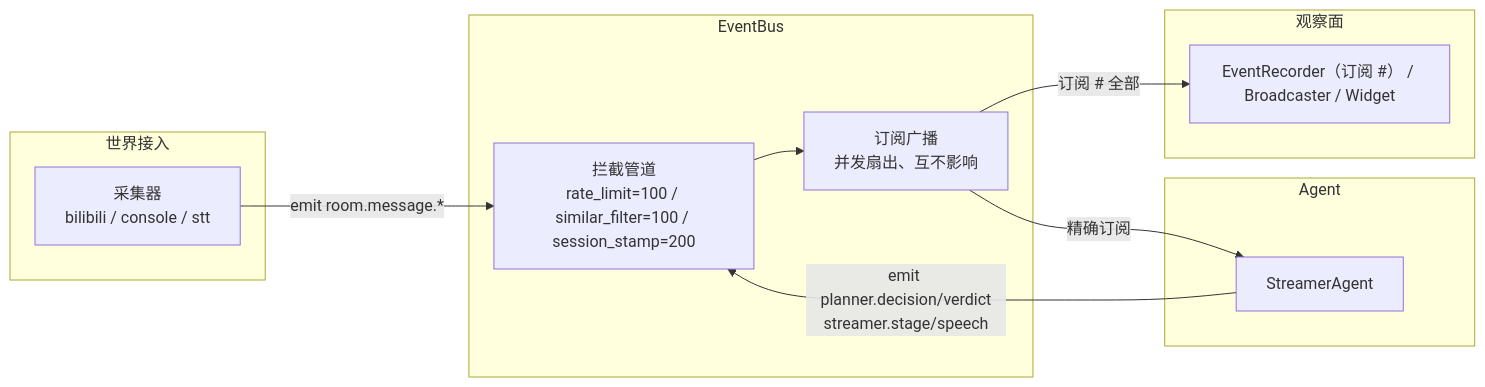
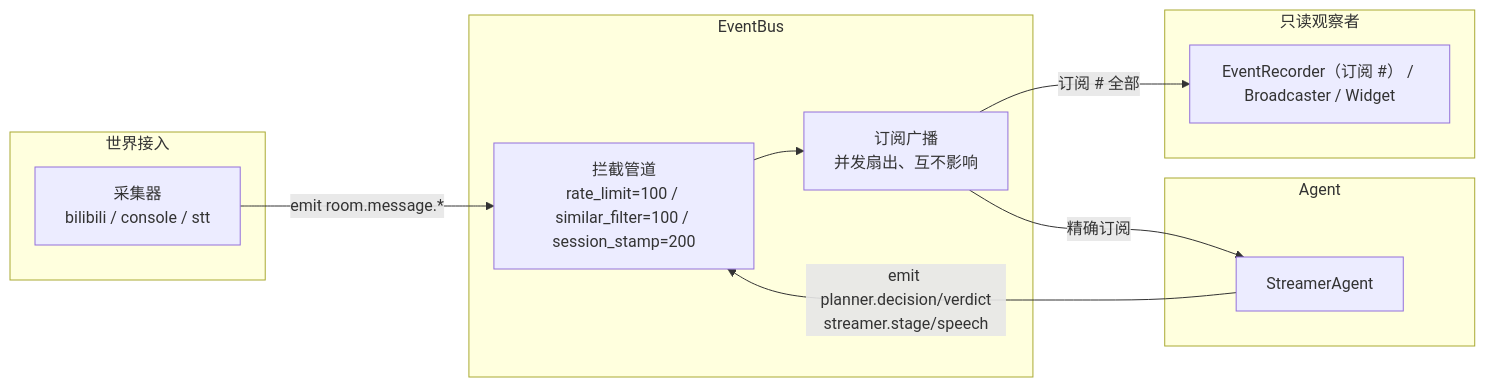
One commit to Mai-with-u/Amaidesu changed the diagram in docs/architecture/event-system.md. Above: the diagram before and after it, drawn with Mermaid. The commit also changed other lines of this file and 62 other files, not shown here.

````diff
--- a/docs/architecture/event-system.md
+++ b/docs/architecture/event-system.md
@@ -31,25 +31,25 @@
 ```mermaid
 flowchart LR
     subgraph 世界接入
         IC[采集器<br/>bilibili / console / stt]
     end
 
     subgraph EventBus
         PIPE[拦截管道<br/>rate_limit=100 / similar_filter=100 / session_stamp=200]
         FAN[订阅广播<br/>并发扇出、互不影响]
     end
 
     subgraph Agent
         AG[StreamerAgent]
     end
 
-    subgraph 观察面
+    subgraph 只读观察者
         OB[EventRecorder（订阅 #） / Broadcaster / Widget]
     end
 
     IC -->|emit room.message.*| PIPE
     PIPE --> FAN
     FAN -->|精确订阅| AG
     FAN -->|订阅 # 全部| OB
     AG -->|emit planner.decision/verdict<br/>streamer.stage/speech| PIPE
 ```
````
